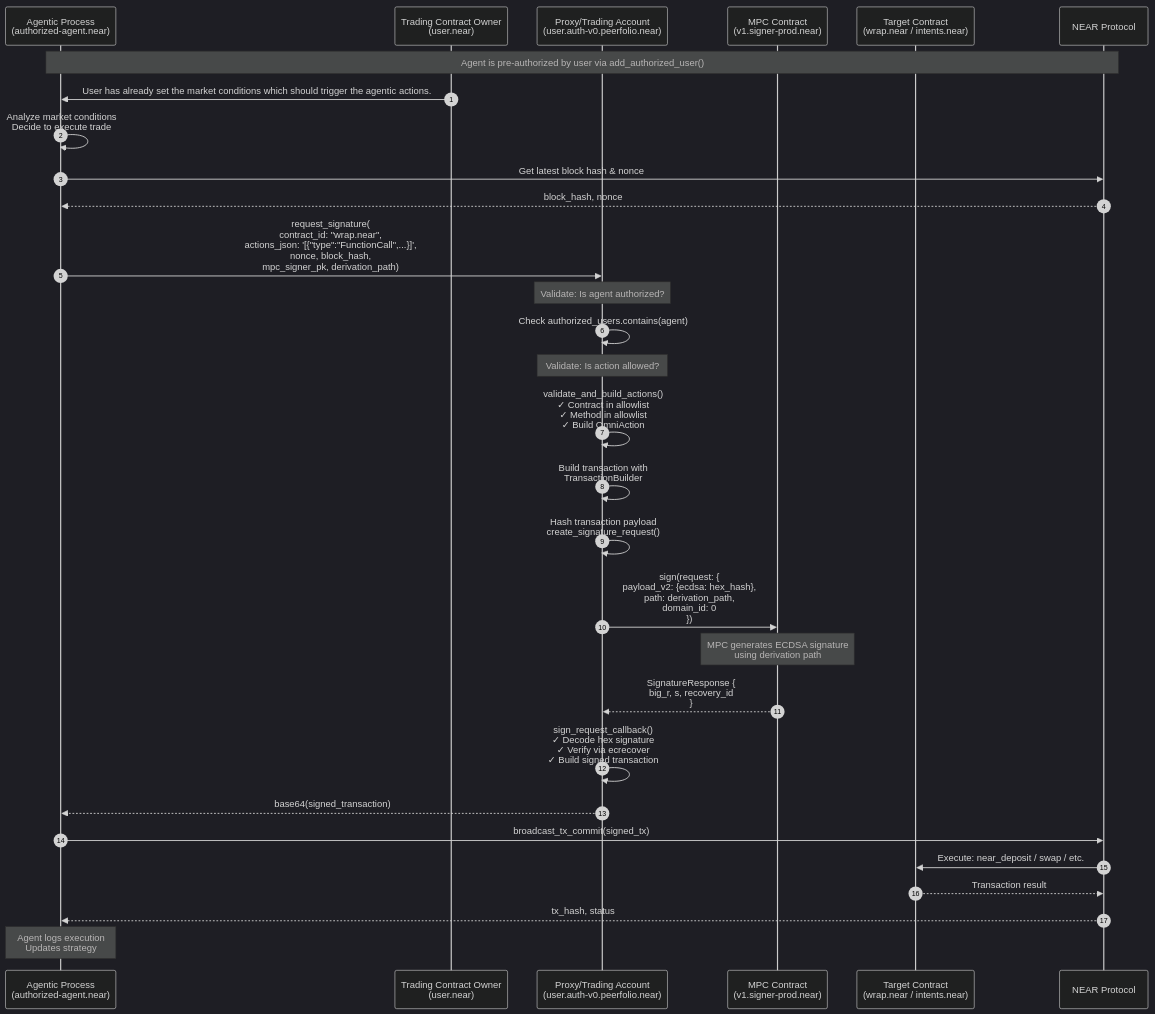
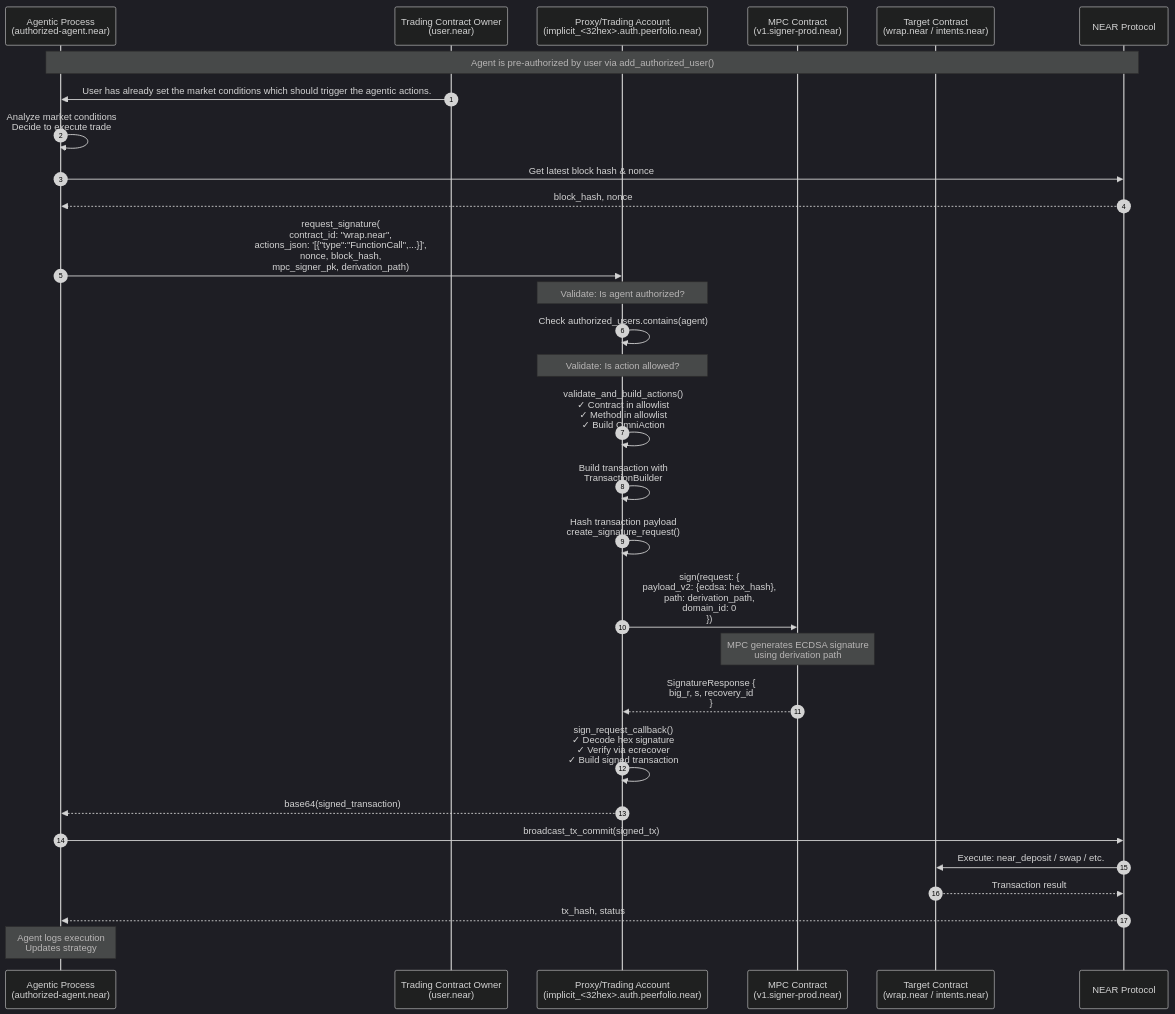
The second of 2 diagrams in README.md (beneviolabs/autonomous-trading-account), drawn with Mermaid (dark theme) before and after one commit. The commit also changed other lines of this file and 2 other files, not shown here.

First line of the commit message:
Test the contract's hex check directly; update docs for implicit owners

````diff
--- a/README.md
+++ b/README.md
@@ -76,49 +78,49 @@
 ```mermaid
 sequenceDiagram
     autonumber
     participant Agent as Agentic Process <br> (authorized-agent.near)
     participant User as Trading Contract Owner <br> (user.near)
-    participant Proxy as Proxy/Trading Account <br>(user.auth-v0.peerfolio.near)
+    participant Proxy as Proxy/Trading Account <br>(implicit_<32hex>.auth.peerfolio.near)
     participant MPC as MPC Contract <br>(v1.signer-prod.near)
     participant Target as Target Contract <br>(wrap.near / intents.near)
     participant NEAR as NEAR Protocol
 
     Note over Agent,NEAR: Agent is pre-authorized by user via add_authorized_user()
     User->>Agent: User has already set the market conditions which should trigger the agentic actions.
 
     Agent->>Agent: Analyze market conditions<br/>Decide to execute trade
     Agent->>NEAR: Get latest block hash & nonce
     NEAR-->>Agent: block_hash, nonce
 
     Agent->>Proxy: request_signature(<br/>contract_id: "wrap.near",<br/>actions_json: '[{"type":"FunctionCall",...}]',<br/>nonce, block_hash,<br/>mpc_signer_pk, derivation_path)
 
     Note over Proxy: Validate: Is agent authorized?
     Proxy->>Proxy: Check authorized_users.contains(agent)
 
     Note over Proxy: Validate: Is action allowed?
     Proxy->>Proxy: validate_and_build_actions()<br/>✓ Contract in allowlist<br/>✓ Method in allowlist<br/>✓ Build OmniAction
 
     Proxy->>Proxy: Build transaction with<br/>TransactionBuilder
 
     Proxy->>Proxy: Hash transaction payload<br/>create_signature_request()
 
     Proxy->>MPC: sign(request: {<br/>  payload_v2: {ecdsa: hex_hash},<br/>  path: derivation_path,<br/>  domain_id: 0<br/>})
 
     Note over MPC: MPC generates ECDSA signature<br/>using derivation path
 
     MPC-->>Proxy: SignatureResponse {<br/>  big_r, s, recovery_id<br/>}
 
     Proxy->>Proxy: sign_request_callback()<br/>✓ Decode hex signature<br/>✓ Verify via ecrecover<br/>✓ Build signed transaction
 
     Proxy-->>Agent: base64(signed_transaction)
 
     Agent->>NEAR: broadcast_tx_commit(signed_tx)
 
     NEAR->>Target: Execute: near_deposit / swap / etc.
 
     Target-->>NEAR: Transaction result
 
     NEAR-->>Agent: tx_hash, status
 
     Note over Agent: Agent logs execution<br/>Updates strategy
 ```
````
